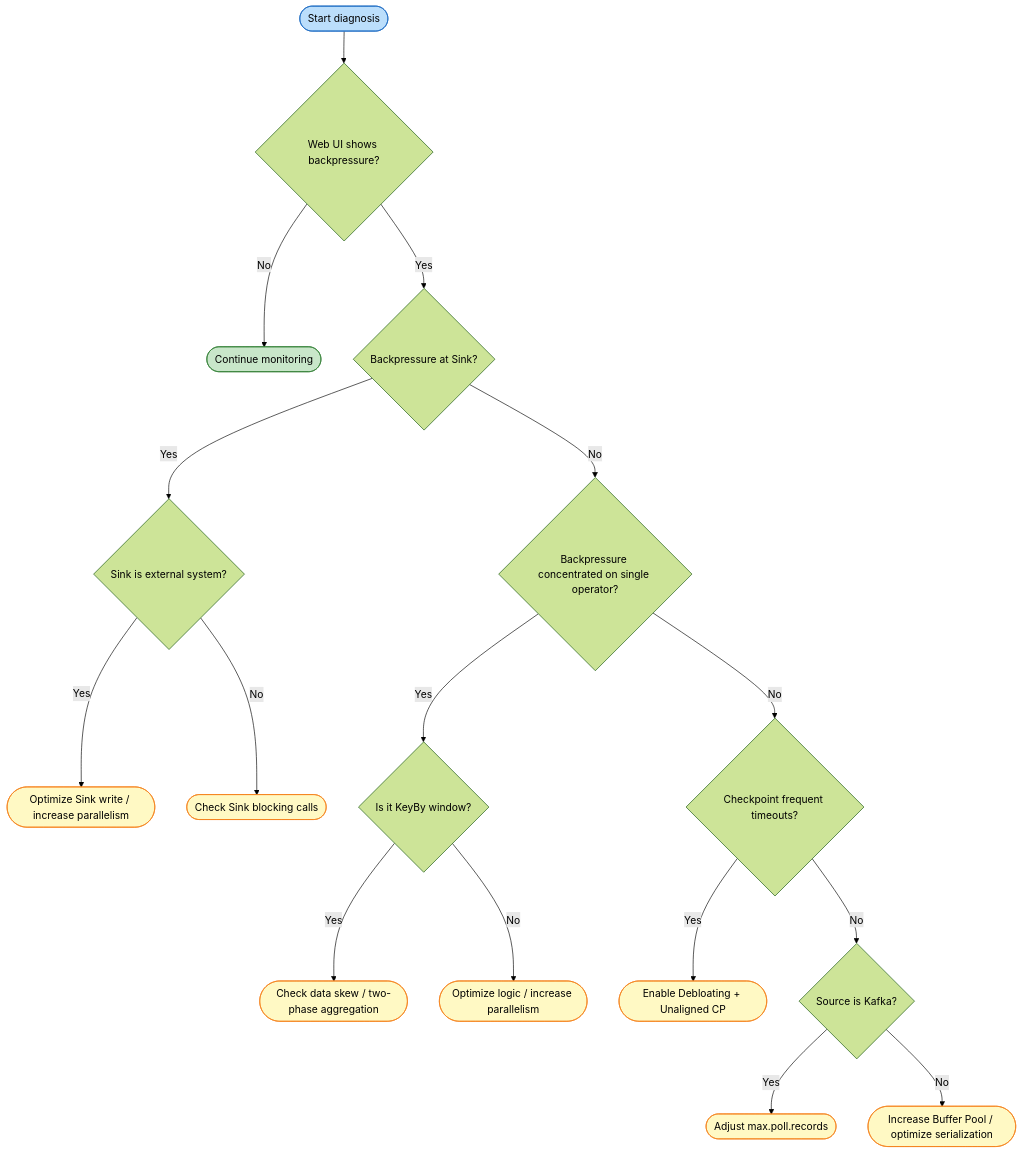
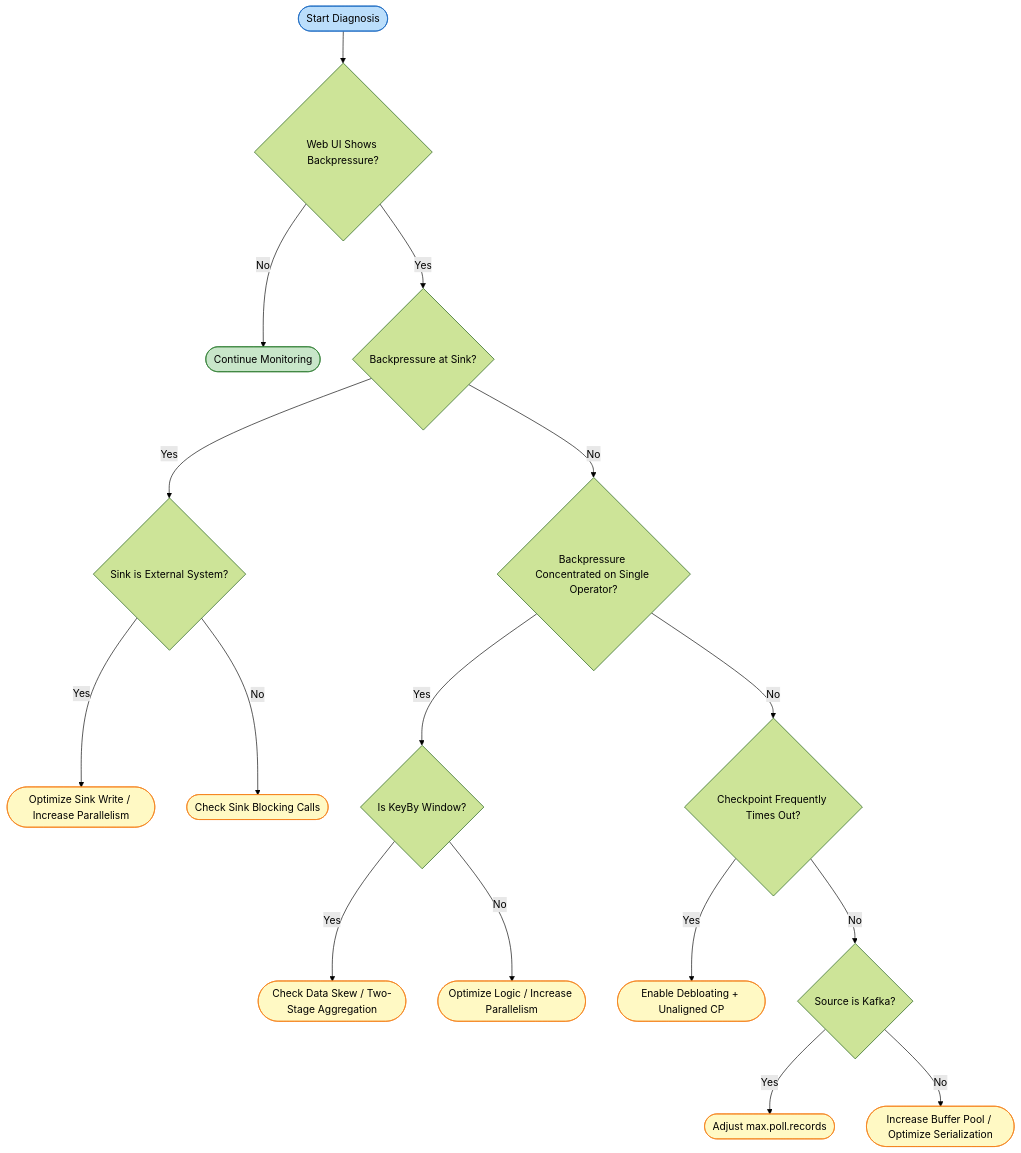
One commit to AdaMartin18010/AnalysisDataFlow changed the third of 3 diagrams in i18n/en/Flink/02-core/backpressure-and-flow-control-en.md. Above: the diagram before and after it, drawn with Mermaid (forest theme). The commit also changed other lines of this file and 679 other files, not shown here.

````diff
--- a/i18n/en/Flink/02-core/backpressure-and-flow-control-en.md
+++ b/i18n/en/Flink/02-core/backpressure-and-flow-control-en.md
@@ -377,28 +496,27 @@
 ```mermaid
 flowchart TD
-    Start([Start diagnosis]) --> Q1{Web UI shows backpressure?}
-    Q1 -->|No| A1([Continue monitoring])
+    Start([Start Diagnosis]) --> Q1{Web UI Shows Backpressure?}
+    Q1 -->|No| A1([Continue Monitoring])
     Q1 -->|Yes| Q2{Backpressure at Sink?}
-    Q2 -->|Yes| Q3{Sink is external system?}
-    Q3 -->|Yes| A2([Optimize Sink write / increase parallelism])
-    Q3 -->|No| A3([Check Sink blocking calls])
-    Q2 -->|No| Q4{Backpressure concentrated on single operator?}
-    Q4 -->|Yes| Q5{Is it KeyBy window?}
-    Q5 -->|Yes| A4([Check data skew / two-phase aggregation])
-    Q5 -->|No| A5([Optimize logic / increase parallelism])
-    Q4 -->|No| Q6{Checkpoint frequent timeouts?}
+    Q2 -->|Yes| Q3{Sink is External System?}
+    Q3 -->|Yes| A2([Optimize Sink Write / Increase Parallelism])
+    Q3 -->|No| A3([Check Sink Blocking Calls])
+    Q2 -->|No| Q4{Backpressure Concentrated on Single Operator?}
+    Q4 -->|Yes| Q5{Is KeyBy Window?}
+    Q5 -->|Yes| A4([Check Data Skew / Two-Stage Aggregation])
+    Q5 -->|No| A5([Optimize Logic / Increase Parallelism])
+    Q4 -->|No| Q6{Checkpoint Frequently Times Out?}
     Q6 -->|Yes| A6([Enable Debloating + Unaligned CP])
     Q6 -->|No| Q8{Source is Kafka?}
     Q8 -->|Yes| A8([Adjust max.poll.records])
-    Q8 -->|No| A9([Increase Buffer Pool / optimize serialization])
-
+    Q8 -->|No| A9([Increase Buffer Pool / Optimize Serialization])
     style Start fill:#bbdefb,stroke:#1565c0
     style A1 fill:#c8e6c9,stroke:#2e7d32
     style A2 fill:#fff9c4,stroke:#f57f17
     style A3 fill:#fff9c4,stroke:#f57f17
     style A4 fill:#fff9c4,stroke:#f57f17
     style A5 fill:#fff9c4,stroke:#f57f17
     style A6 fill:#fff9c4,stroke:#f57f17
     style A8 fill:#fff9c4,stroke:#f57f17
     style A9 fill:#fff9c4,stroke:#f57f17
 ```
````
